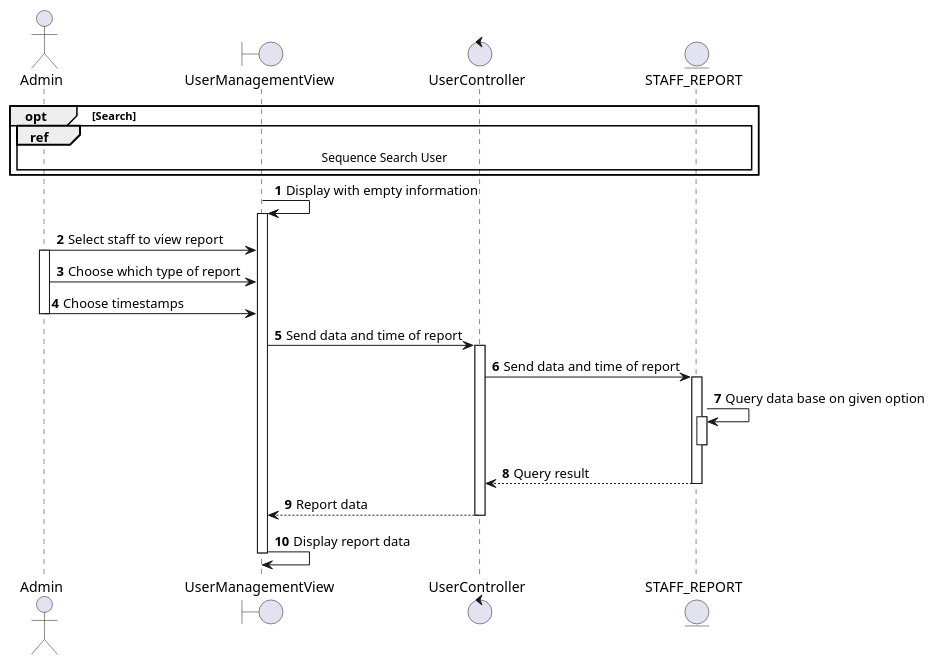
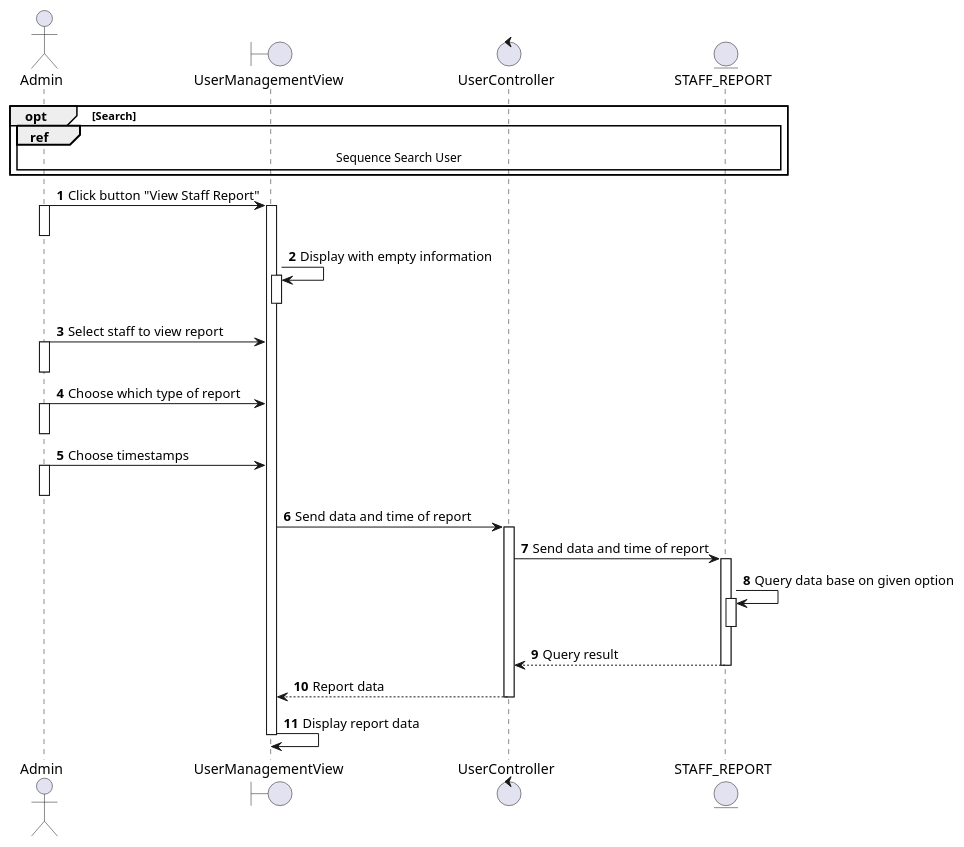
Before and after one commit to electricilies/electricilies.github.io: the diagram in docs/software-docs/sequence/manage-user/view-staff-report.md, drawn with PlantUML. The commit also changed 16 other files, not shown here.

Commit message:
refactor: sequence diagrams start from user side, and some minor

````diff
--- a/docs/software-docs/sequence/manage-user/view-staff-report.md
+++ b/docs/software-docs/sequence/manage-user/view-staff-report.md
@@ -3,35 +3,44 @@
 ```plantuml
 @startuml
 autonumber
 
 actor Admin as A
 boundary UserManagementView as UMV
 control UserController as UC
 entity STAFF_REPORT as SR
 
 opt Search
   ref over A, SR: Sequence Search User
 end
+A -> UMV: Click button "View Staff Report"
+activate A
+activate UMV
+deactivate A
 UMV -> UMV: Display with empty information
 activate UMV
+deactivate UMV
 A -> UMV: Select staff to view report
 activate A
+deactivate A
 A -> UMV: Choose which type of report
+activate A
+deactivate A
 A -> UMV: Choose timestamps
+activate A
 deactivate A
 UMV -> UC: Send data and time of report
 activate UC
 UC -> SR: Send data and time of report
 activate SR
 SR -> SR: Query data base on given option
 activate SR
 deactivate SR
 UC <-- SR: Query result
 deactivate SR
 UMV <-- UC: Report data
 deactivate UC
 UMV -> UMV: Display report data
 deactivate UMV
 
 @enduml
 ```
````
